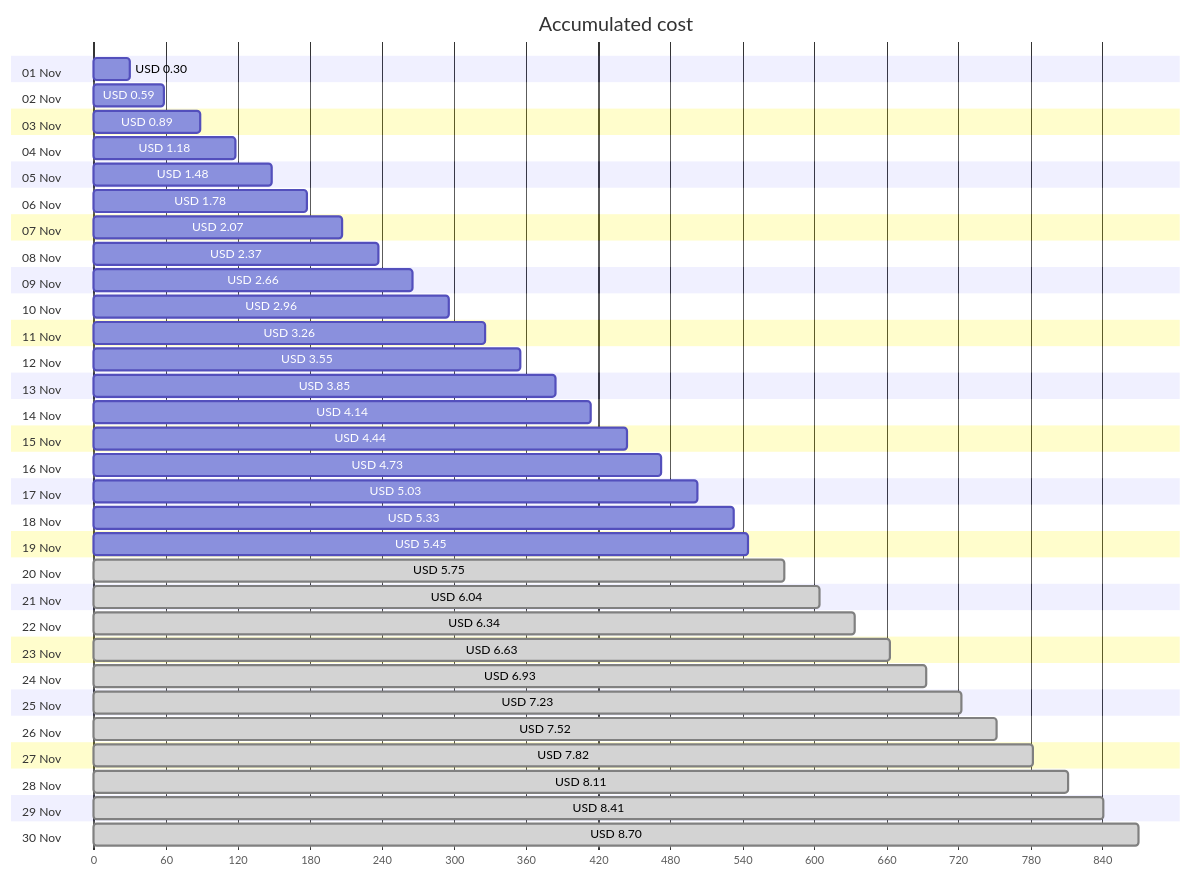
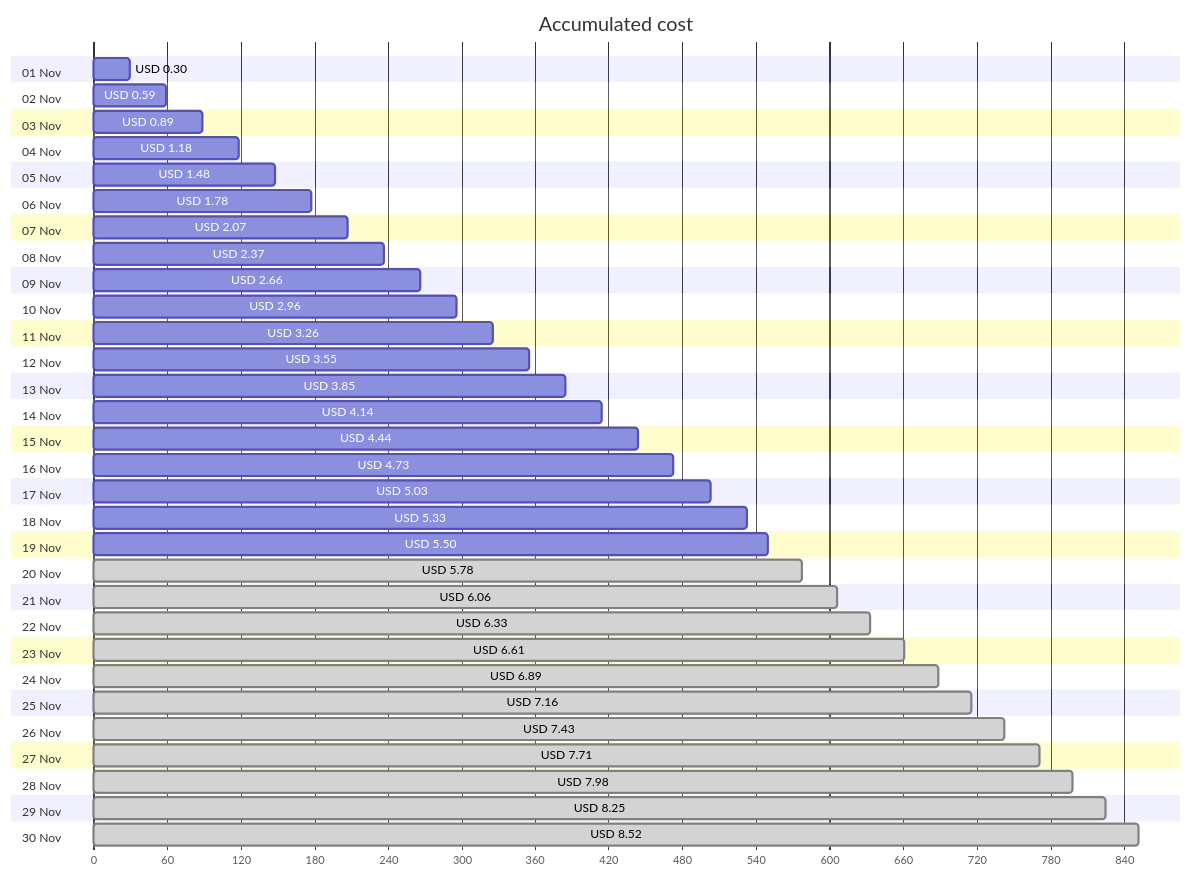
One commit to jpfulton/azure-personal-reports changed the first of 4 diagrams in cost-reports/personal-site/personal-site.md. Above: the diagram before and after it, drawn with Mermaid. The commit also changed other lines of this file and 6 other files, not shown here.

````diff
--- a/cost-reports/personal-site/personal-site.md
+++ b/cost-reports/personal-site/personal-site.md
@@ -20,66 +20,66 @@
 ```mermaid
 gantt
    title Accumulated cost
    dateFormat  X
    axisFormat %s
    section 01 Nov
    USD 0.30 :0, 30
    section 02 Nov
    USD 0.59 :0, 59
    section 03 Nov
    USD 0.89 :0, 89
    section 04 Nov
    USD 1.18 :0, 118
    section 05 Nov
    USD 1.48 :0, 148
    section 06 Nov
    USD 1.78 :0, 178
    section 07 Nov
    USD 2.07 :0, 207
    section 08 Nov
    USD 2.37 :0, 237
    section 09 Nov
    USD 2.66 :0, 266
    section 10 Nov
    USD 2.96 :0, 296
    section 11 Nov
    USD 3.26 :0, 326
    section 12 Nov
    USD 3.55 :0, 355
    section 13 Nov
    USD 3.85 :0, 385
    section 14 Nov
    USD 4.14 :0, 414
    section 15 Nov
    USD 4.44 :0, 444
    section 16 Nov
    USD 4.73 :0, 473
    section 17 Nov
    USD 5.03 :0, 503
    section 18 Nov
    USD 5.33 :0, 533
    section 19 Nov
-   USD 5.45 :0, 545
+   USD 5.50 :0, 550
    section 20 Nov
-   USD 5.75 : done, 0, 575
+   USD 5.78 : done, 0, 578
    section 21 Nov
-   USD 6.04 : done, 0, 604
+   USD 6.06 : done, 0, 606
    section 22 Nov
-   USD 6.34 : done, 0, 634
+   USD 6.33 : done, 0, 633
    section 23 Nov
-   USD 6.63 : done, 0, 663
+   USD 6.61 : done, 0, 661
    section 24 Nov
-   USD 6.93 : done, 0, 693
+   USD 6.89 : done, 0, 689
    section 25 Nov
-   USD 7.23 : done, 0, 723
+   USD 7.16 : done, 0, 716
    section 26 Nov
-   USD 7.52 : done, 0, 752
+   USD 7.43 : done, 0, 743
    section 27 Nov
-   USD 7.82 : done, 0, 782
+   USD 7.71 : done, 0, 771
    section 28 Nov
-   USD 8.11 : done, 0, 811
+   USD 7.98 : done, 0, 798
    section 29 Nov
-   USD 8.41 : done, 0, 841
+   USD 8.25 : done, 0, 825
    section 30 Nov
-   USD 8.70 : done, 0, 870
+   USD 8.52 : done, 0, 852
 ```
````
